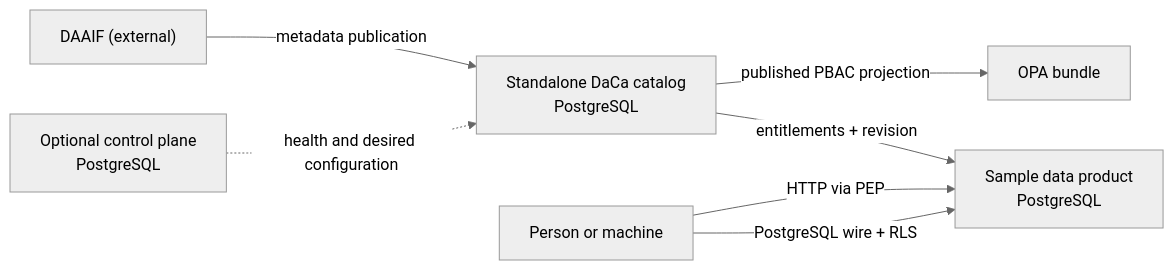
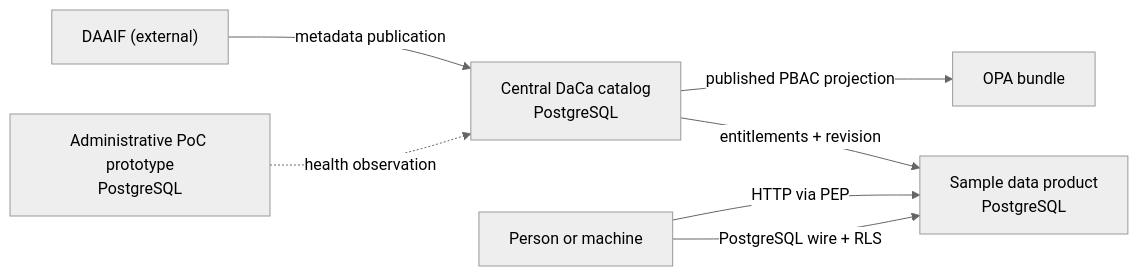
Before and after one commit to svabra/tib-daca-poc: the diagram in docs/data-model/README.md, drawn with Mermaid (neutral theme). The commit also changed other lines of this file and 168 other files, not shown here.

````diff
--- a/docs/data-model/README.md
+++ b/docs/data-model/README.md
@@ -27,9 +53,9 @@
 ```mermaid
 flowchart LR
-    DAAIF["DAAIF (external)"] -->|metadata publication| CATALOG["Standalone DaCa catalog\nPostgreSQL"]
+    DAAIF["DAAIF (external)"] -->|metadata publication| CATALOG["Central DaCa catalog\nPostgreSQL"]
     CATALOG -->|published PBAC projection| OPA["OPA bundle"]
     CATALOG -->|entitlements + revision| SAMPLE["Sample data product\nPostgreSQL"]
-    CONTROL["Optional control plane\nPostgreSQL"] -.->|health and desired configuration| CATALOG
+    CONTROL["Administrative PoC prototype\nPostgreSQL"] -.->|health observation| CATALOG
     CONSUMER["Person or machine"] -->|HTTP via PEP| SAMPLE
     CONSUMER -->|PostgreSQL wire + RLS| SAMPLE
 ```
````
